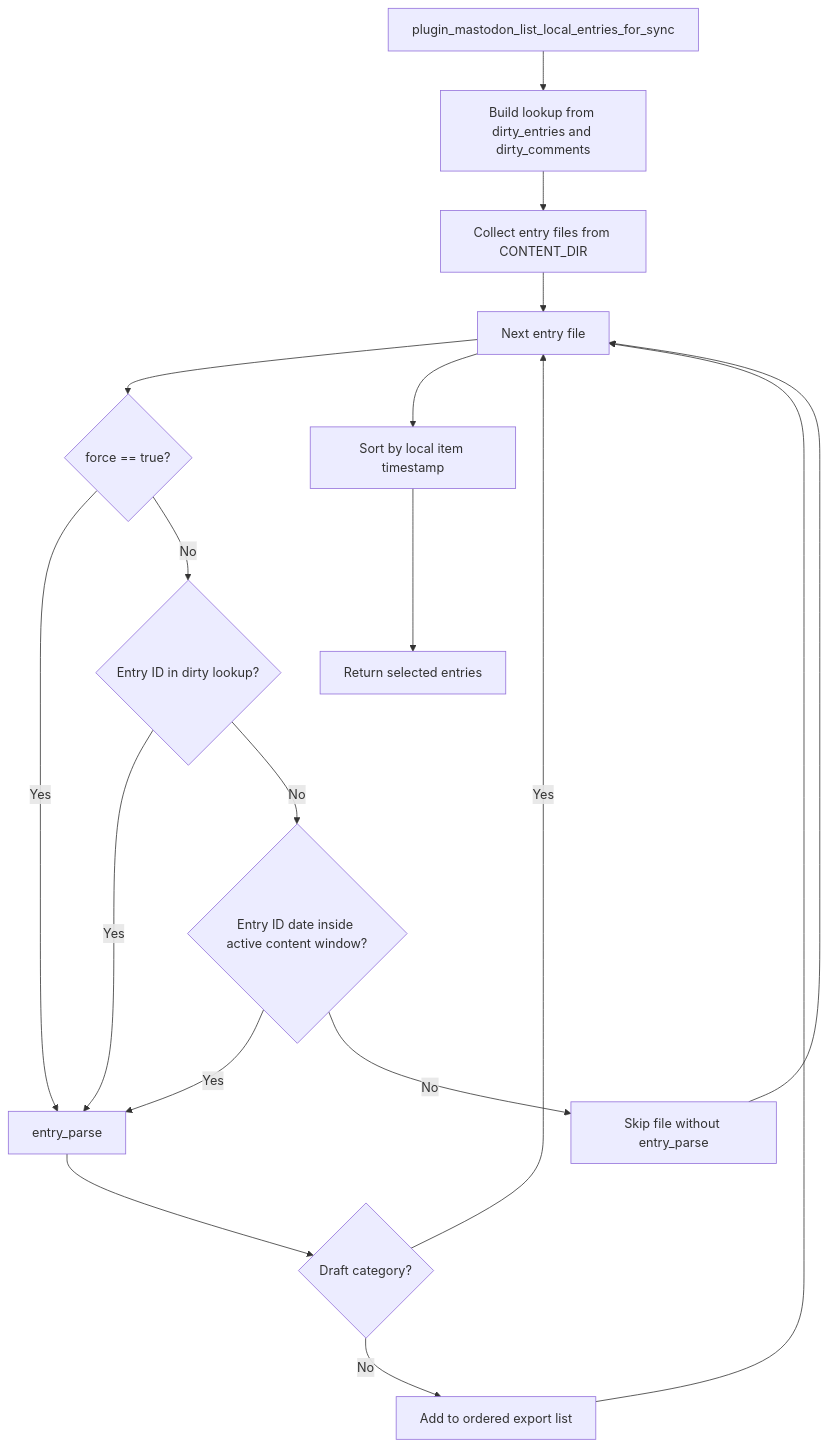
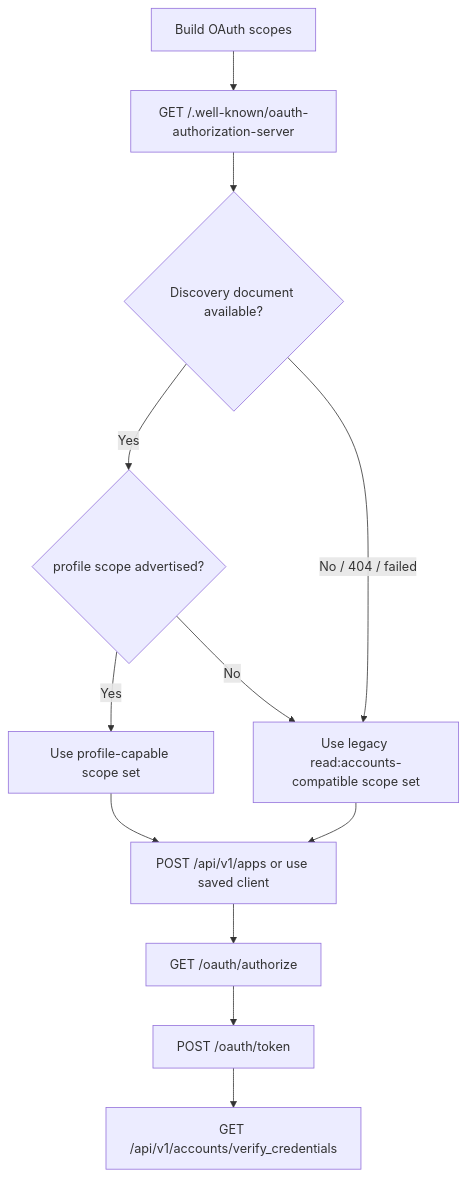
One commit to flatpressblog/flatpress changed diagram 20 of 32 in fp-plugins/mastodon/Plugin-Process-Flow.md. Above: the diagram before and after it, drawn with Mermaid. The commit also changed other lines of this file and 4 other files, not shown here.

````diff
--- a/fp-plugins/mastodon/Plugin-Process-Flow.md
+++ b/fp-plugins/mastodon/Plugin-Process-Flow.md
@@ -400,29 +684,20 @@
 ```mermaid
 flowchart TD
-    Start["plugin_mastodon_list_local_entries_for_sync"]
-    DirtyLookup["Build lookup from dirty_entries and dirty_comments"]
-    CollectFiles["Collect entry files from CONTENT_DIR"]
-    NextFile["Next entry file"]
-    Force{"force == true?"}
-    Dirty{"Entry ID in dirty lookup?"}
-    Window{"Entry ID date inside active content window?"}
-    Skip["Skip file without entry_parse"]
-    Parse["entry_parse"]
-    Draft{"Draft category?"}
-    Add["Add to ordered export list"]
-    Sort["Sort by local item timestamp"]
-    Result["Return selected entries"]
+    Start["Build OAuth scopes"]
+    Discovery["GET /.well-known/oauth-authorization-server"]
+    DiscoveryOK{"Discovery document available?"}
+    ProfileSupported{"profile scope advertised?"}
+    Modern["Use profile-capable scope set"]
+    Legacy["Use legacy read:accounts-compatible scope set"]
+    Register["POST /api/v1/apps or use saved client"]
+    Authorize["GET /oauth/authorize"]
+    Token["POST /oauth/token"]
+    Verify["GET /api/v1/accounts/verify_credentials"]
 
-    Start --> DirtyLookup --> CollectFiles --> NextFile
-    NextFile --> Force
-    Force -- "Yes" --> Parse
-    Force -- "No" --> Dirty
-    Dirty -- "Yes" --> Parse
-    Dirty -- "No" --> Window
-    Window -- "Yes" --> Parse
-    Window -- "No" --> Skip --> NextFile
-    Parse --> Draft
-    Draft -- "Yes" --> NextFile
-    Draft -- "No" --> Add --> NextFile
-    NextFile --> Sort --> Result
+    Start --> Discovery --> DiscoveryOK
+    DiscoveryOK -- "Yes" --> ProfileSupported
+    ProfileSupported -- "Yes" --> Modern --> Register
+    ProfileSupported -- "No" --> Legacy --> Register
+    DiscoveryOK -- "No / 404 / failed" --> Legacy
+    Register --> Authorize --> Token --> Verify
 ```
````
